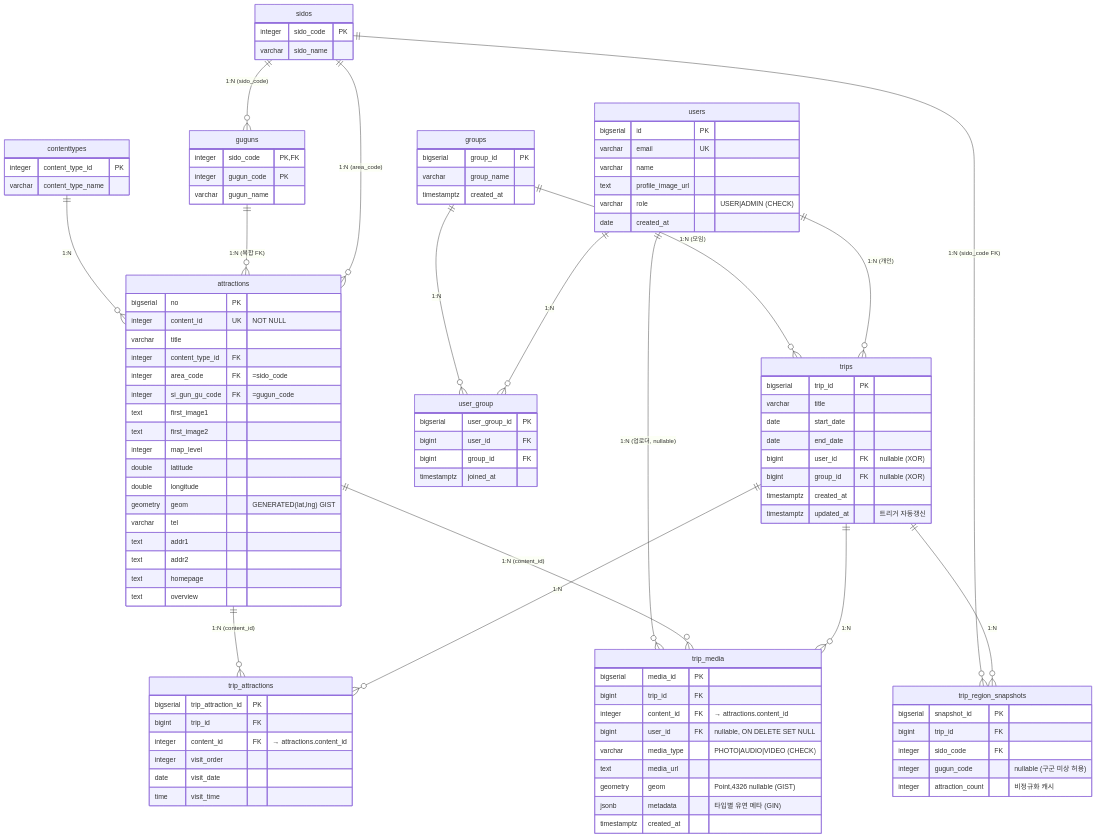
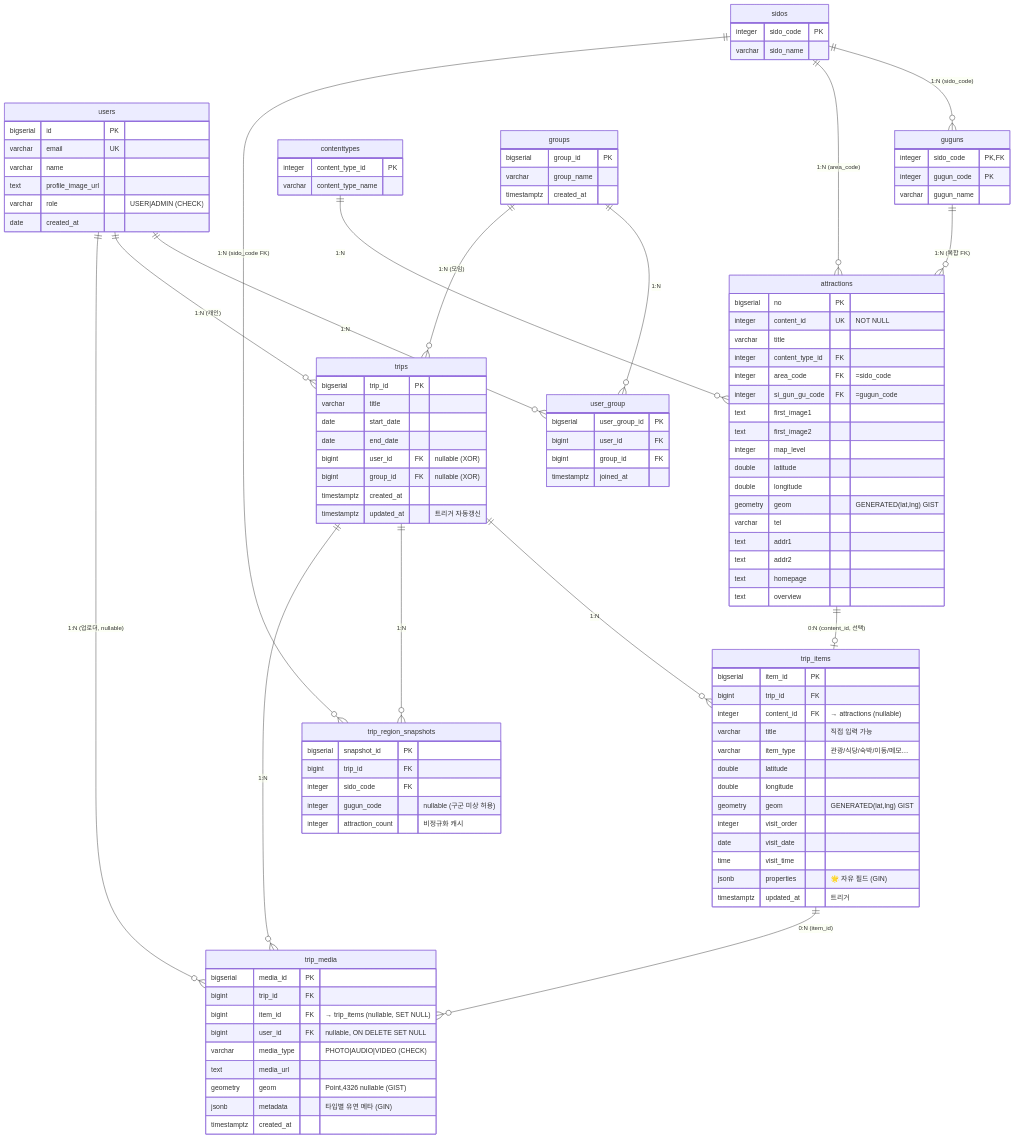
The diagram in src/main/resources/db/postgres/ERD.md (Where-should-we-go/wswg_backend), drawn with Mermaid before and after one commit. The commit also changed other lines of this file and 5 other files, not shown here.

First line of the commit message:
feat: trip_items 유연 항목 모델 및 ERD 문서 확정

````diff
--- a/src/main/resources/db/postgres/ERD.md
+++ b/src/main/resources/db/postgres/ERD.md
@@ -72,13 +72,20 @@
         timestamptz created_at
         timestamptz updated_at "트리거 자동갱신"
     }
-    trip_attractions {
-        bigserial trip_attraction_id PK
+    trip_items {
+        bigserial item_id PK
         bigint trip_id FK
-        integer content_id FK "→ attractions.content_id"
+        integer content_id FK "→ attractions (nullable)"
+        varchar title "직접 입력 가능"
+        varchar item_type "관광/식당/숙박/이동/메모…"
+        double latitude
+        double longitude
+        geometry geom "GENERATED(lat,lng) GIST"
         integer visit_order
         date visit_date
         time visit_time
+        jsonb properties "🌟 자유 필드 (GIN)"
+        timestamptz updated_at "트리거"
     }
     trip_region_snapshots {
         bigserial snapshot_id PK
@@ -90,7 +97,7 @@
     trip_media {
         bigserial media_id PK
         bigint trip_id FK
-        integer content_id FK "→ attractions.content_id"
+        bigint item_id FK "→ trip_items (nullable, SET NULL)"
         bigint user_id FK "nullable, ON DELETE SET NULL"
         varchar media_type "PHOTO|AUDIO|VIDEO (CHECK)"
         text media_url
@@ -110,13 +117,13 @@
     users ||--o{ trips : "1:N (개인)"
     groups ||--o{ trips : "1:N (모임)"
 
-    trips ||--o{ trip_attractions : "1:N"
-    attractions ||--o{ trip_attractions : "1:N (content_id)"
+    trips ||--o{ trip_items : "1:N"
+    attractions ||--o| trip_items : "0:N (content_id, 선택)"
 
     trips ||--o{ trip_region_snapshots : "1:N"
     sidos ||--o{ trip_region_snapshots : "1:N (sido_code FK)"
 
     trips ||--o{ trip_media : "1:N"
-    attractions ||--o{ trip_media : "1:N (content_id)"
+    trip_items ||--o{ trip_media : "0:N (item_id)"
     users ||--o{ trip_media : "1:N (업로더, nullable)"
 ```
````
